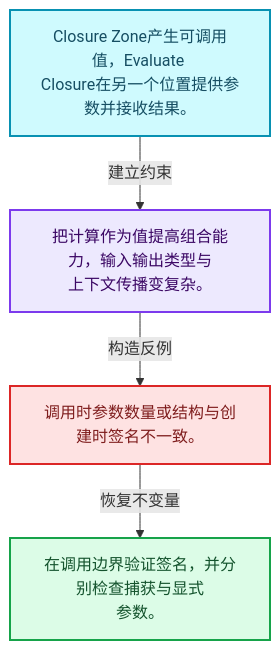
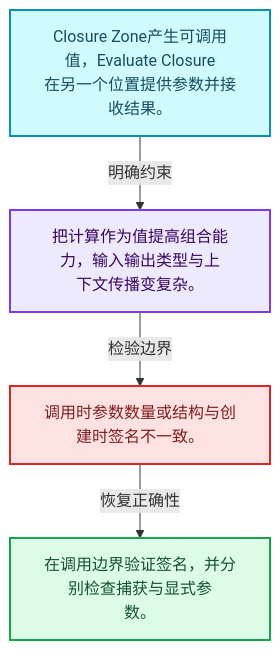
Before and after one commit to yunkezengren/blender-.vscode: the first of 4 diagrams in 杂/markdown/全面学习-codex/10-引用生命周期与Closure/07-Closure求值与Zone.md, drawn with Mermaid. The commit also changed other lines of this file and 1930 other files, not shown here.

````diff
--- a/杂/markdown/全面学习-codex/10-引用生命周期与Closure/07-Closure求值与Zone.md
+++ b/杂/markdown/全面学习-codex/10-引用生命周期与Closure/07-Closure求值与Zone.md
@@ -29,16 +29,16 @@
 ```mermaid
 flowchart TB
-  M["Closure Zone产生可调用值，Evaluate <br/>Closure在另一个位置提供参数并接收结果。"]:::data
-  T["把计算作为值提高组合能力，输入输出类型与<br/>上下文传播变复杂。"]:::abstraction
-  X["调用时参数数量或结构与创建时签名不一致。"]:::error
-  A["在调用边界验证签名，并分别检查捕获与显式<br/>参数。"]:::result
-  M -->|"建立约束"| T
-  T -->|"构造反例"| X
-  X -->|"恢复不变量"| A
+  M["Closure Zone产生可调用值，Evaluate Closure<br/>在另一个位置提供参数并接收结果。"]:::data
+  C["把计算作为值提高组合能力，输入输出类型与上<br/>下文传播变复杂。"]:::abstraction
+  B["调用时参数数量或结构与创建时签名不一致。"]:::error
+  R["在调用边界验证签名，并分别检查捕获与显式参<br/>数。"]:::result
+  M -->|"明确约束"| C
+  C -->|"检验边界"| B
+  B -->|"恢复正确性"| R
   classDef input fill:#DBEAFE,stroke:#2563EB,color:#172554,stroke-width:2px;
   classDef data fill:#CFFAFE,stroke:#0891B2,color:#164E63,stroke-width:2px;
   classDef abstraction fill:#EDE9FE,stroke:#7C3AED,color:#3B0764,stroke-width:2px;
   classDef compute fill:#FEF3C7,stroke:#D97706,color:#78350F,stroke-width:2px;
   classDef result fill:#DCFCE7,stroke:#16A34A,color:#14532D,stroke-width:2px;
   classDef error fill:#FEE2E2,stroke:#DC2626,color:#7F1D1D,stroke-width:2px;
 ```
````
